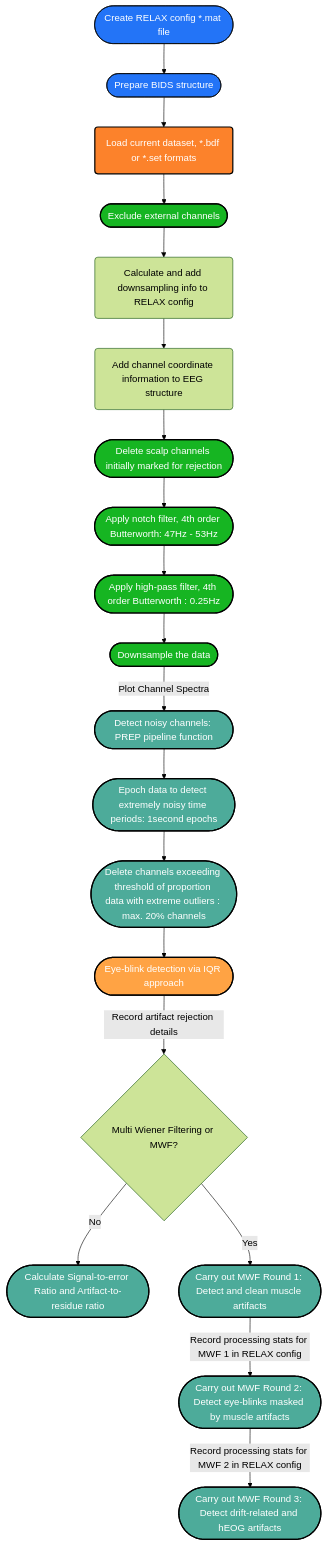
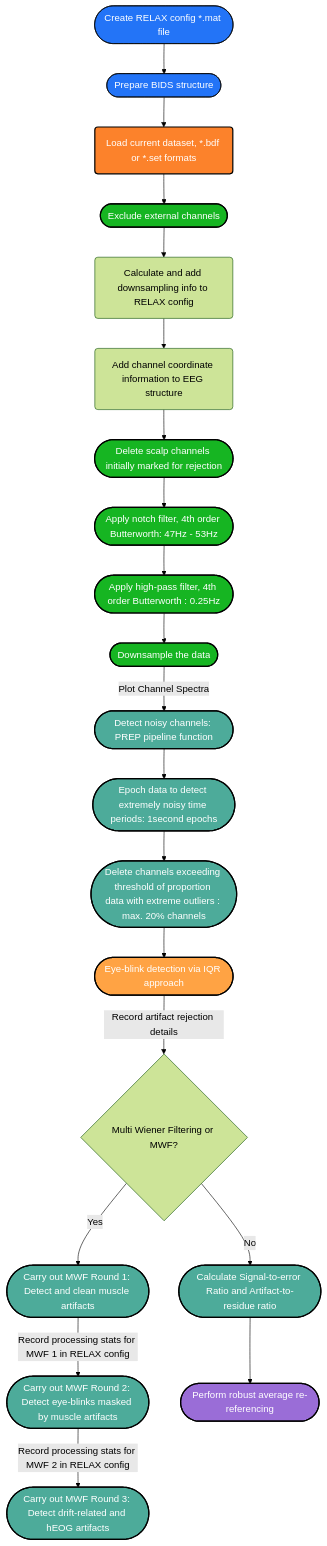
The diagram in Pipeline_Datafow_Chart.md (deebeebolger/Project_CeLaVie), drawn with Mermaid (forest theme) before and after one commit.

````diff
--- a/Pipeline_Datafow_Chart.md
+++ b/Pipeline_Datafow_Chart.md
@@ -3,47 +3,48 @@
 ```mermaid
 flowchart TD
 %% Colors %%
 
 classDef blue fill:#2374f7, stroke:#000, stroke-width: px, color:#fff
 classDef orange fill:#fc822b,stroke:#000,stroke-width:2px,color:#fff
 classDef green fill:#16b522,stroke:#000,stroke-width:2px,color:#fff
 classDef mintgreen fill:#4DAB9A,stroke:#000,stroke-width:2px,color:#fff
 classDef mandarine fill:#FFA344,stroke:#000,stroke-width:2px,color:#fff
 classDef aubergine fill:#9A6DD7,stroke:#000,stroke-width:2px,color:#fff
 classDef red fill:#D44C47,stroke:#000,stroke-width:2px,color:#fff
 classDef grey fill:#979A9B,stroke:#000,stroke-width:2px,color:#fff
 
 
 Config([Create RELAX config *.mat file]):::blue -->
 BIDS([Prepare BIDS structure]):::blue
 click Config "https://github.com/deebeebolger/Project_CeLaVie/blob/main/DataflowChart_pages/Create_RELAX_conf_file.md" "Link"
 click BIDS "https://github.com/deebeebolger/Project_CeLaVie/blob/main/DataflowChart_pages/BIDS_structure.md" "Link"
 BIDS --> Ld(Load current dataset, *.bdf or *.set formats):::orange
 --> EXRej([Exclude external channels]):::green
 click EXRej "https://github.com/deebeebolger/Project_CeLaVie/blob/main/DataflowChart_pages/Exclude_external_chans.md" _blank
 EXRej --> AddRS(Calculate and add downsampling info to RELAX config)
 click AddRS "https://github.com/deebeebolger/Project_CeLaVie/blob/main/DataflowChart_pages/Downsampling.md" "Link"
 AddRS --> AddChan(Add channel coordinate information to EEG structure)
 click AddChan "https://github.com/deebeebolger/Project_CeLaVie/blob/main/DataflowChart_pages/Add_Channels_coordinates.md" "Link"
 AddChan --> ScalpRej([Delete scalp channels initially marked for rejection]):::green
 ScalpRej --> Notch([Apply notch filter, 4th order Butterworth: 47Hz - 53Hz]):::green
 Notch --> HPfilt([Apply high-pass filter, 4th order Butterworth : 0.25Hz]):::green
 HPfilt --> RSamp([Downsample the data]):::green
 click Notch "https://github.com/deebeebolger/Project_CeLaVie/blob/main/DataflowChart_pages/Filtering.md" "Link"
 click HPfilt "https://github.com/deebeebolger/Project_CeLaVie/blob/main/DataflowChart_pages/Filtering.md" "Link"
 RSamp -->|Plot Channel Spectra|Prep([Detect noisy channels: PREP pipeline function]):::mintgreen
 Prep --> EpClean([Epoch data to detect extremely noisy time periods: 1second epochs]):::mintgreen
 click Prep "https://github.com/deebeebolger/Project_CeLaVie/blob/main/DataflowChart_pages/BadChannelDetect_PREP.md" "Link"
 click EpClean "https://github.com/deebeebolger/Project_CeLaVie/blob/main/DataflowChart_pages/Bad_ChannelTime_Detect_MAD.md" "Link"
 EpClean --> DelChans([Delete channels exceeding threshold of proportion data with extreme outliers : max. 20% channels]):::mintgreen
 click DelChans "https://github.com/deebeebolger/Project_CeLaVie/blob/main/DataflowChart_pages/Bad_ChannelTime_Detect_MAD.md" "Link"
 DelChans --> Blink([Eye-blink detection via IQR approach]):::mandarine
 Blink -->|Record artifact rejection details|SerArrChoice{Multi Wiener Filtering or MWF?}
 click Blink "https://github.com/deebeebolger/Project_CeLaVie/blob/main/DataflowChart_pages/EyeBlink_detection.md" "Link"
 SerArrChoice -->|No|DoSerArr([Calculate Signal-to-error Ratio and Artifact-to-residue ratio]):::mintgreen
 SerArrChoice -->|Yes| MWF1([Carry out MWF Round 1: Detect and clean muscle artifacts]):::mintgreen
 MWF1 -->|Record processing stats for MWF 1 in RELAX config| MWF2([Carry out MWF Round 2: Detect eye-blinks masked by muscle artifacts]):::mintgreen;
 click MWF1 "https://github.com/deebeebolger/Project_CeLaVie/blob/main/DataflowChart_pages/Multichannel_WTF_round1.md" "Link"
 MWF2 --> |Record processing stats for MWF 2 in RELAX config| MWF3([Carry out MWF Round 3: Detect drift-related and hEOG artifacts]):::mintgreen
 click MWF2 "https://github.com/deebeebolger/Project_CeLaVie/blob/main/DataflowChart_pages/Multichannel_MWF_round2.md" "Link"
+DoSerArr --> Reref([Perform robust average re-referencing]):::aubergine
 ```
````
